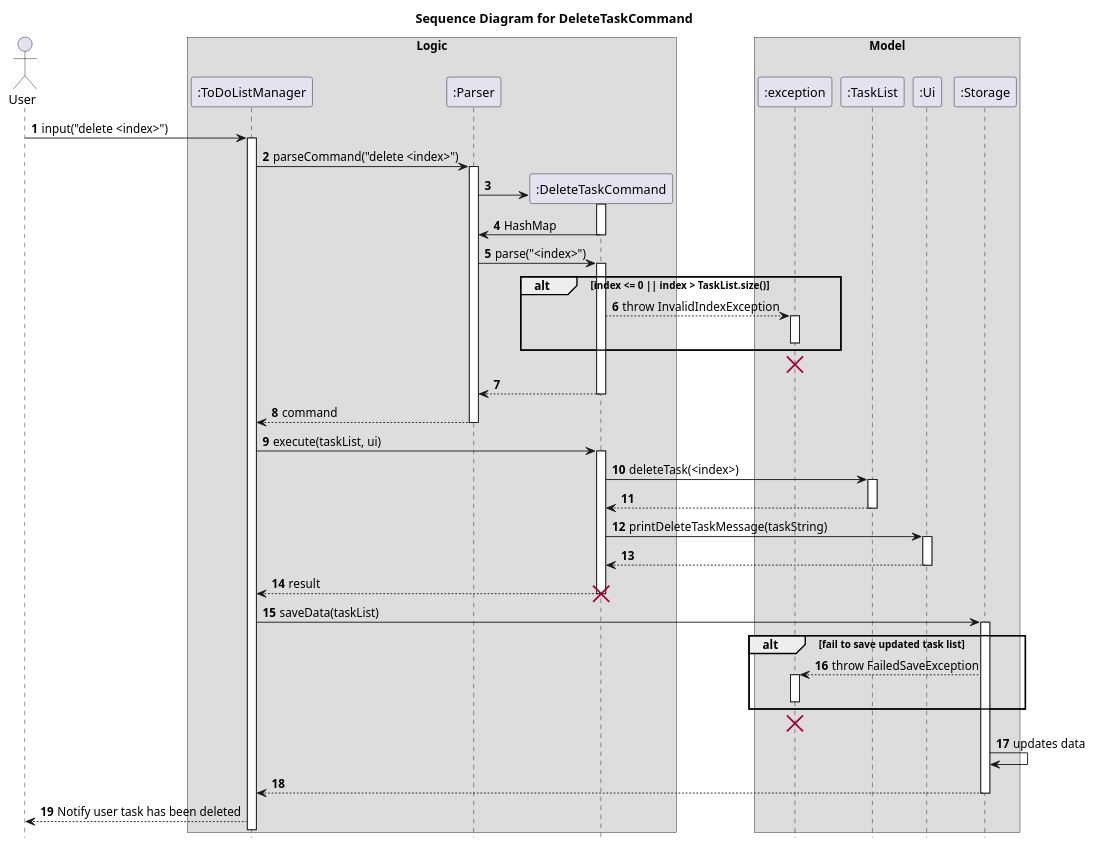
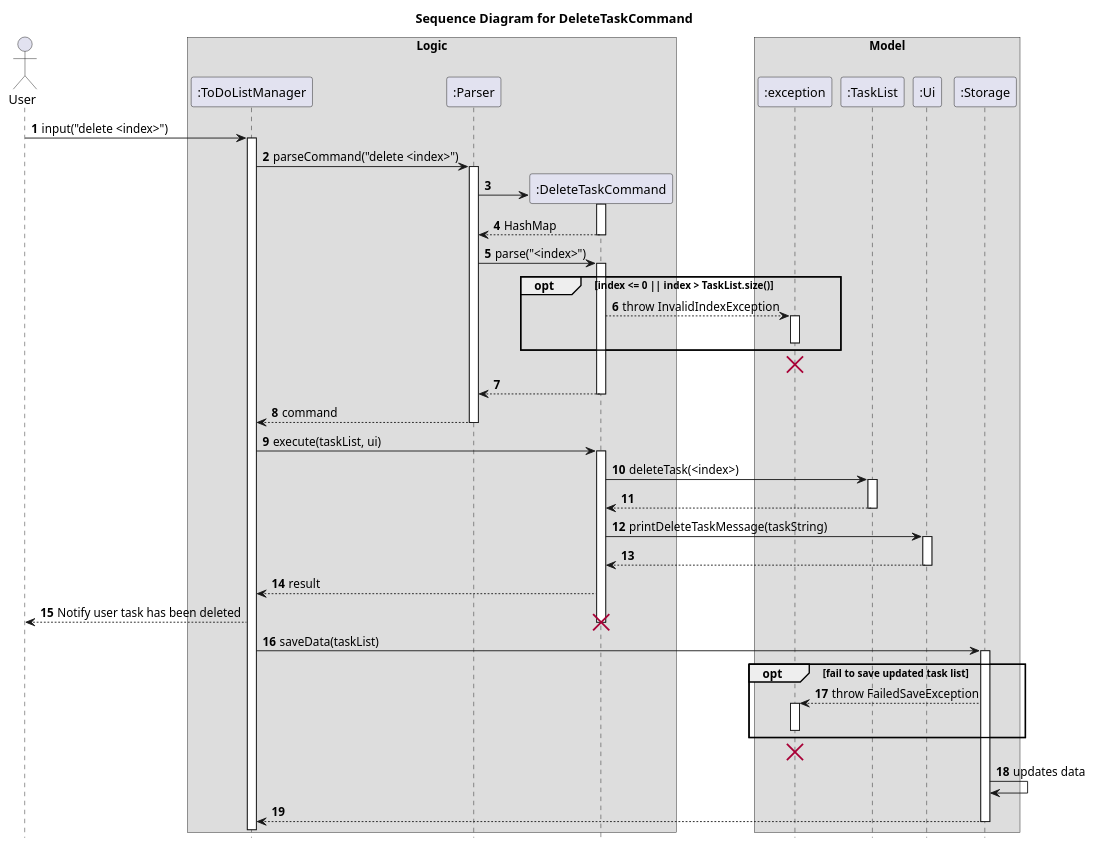
Before and after one commit to nus-cs2113-AY2223S2/tp: the diagram in docs/diagrams/DeleteTaskCommandSequence.puml, drawn with PlantUML. The commit also changed 3 other files, not shown here.

Commit message:
Update Delete task diagram and add Mark or Unmark task diagram

```diff
--- a/docs/diagrams/DeleteTaskCommandSequence.puml
+++ b/docs/diagrams/DeleteTaskCommandSequence.puml
@@ -1,68 +1,68 @@
 @startuml
 
 autonumber
 hide footbox
 title Sequence Diagram for DeleteTaskCommand
 
 actor User
 
 box Logic
 participant ":ToDoListManager" as ToDoListManager
 participant ":Parser" as Parser
 participant ":DeleteTaskCommand" as DeleteTaskCommand
 end box
 box Model
 participant ":exception" as exception
 participant ":TaskList" as TaskList
 participant ":Ui" as Ui
 participant ":Storage" as Storage
 end box
 
 User -> ToDoListManager: input("delete <index>")
 activate ToDoListManager
 ToDoListManager -> Parser : parseCommand("delete <index>")
 activate Parser
 create DeleteTaskCommand
 Parser -> DeleteTaskCommand
 activate DeleteTaskCommand
-DeleteTaskCommand -> Parser : HashMap
+DeleteTaskCommand --> Parser : HashMap
 deactivate DeleteTaskCommand
 Parser -> DeleteTaskCommand : parse("<index>")
 activate DeleteTaskCommand
-alt  index <= 0 || index > TaskList.size()
+opt  index <= 0 || index > TaskList.size()
    DeleteTaskCommand --> exception : throw InvalidIndexException
    activate exception
    deactivate exception
 end
 destroy exception
 DeleteTaskCommand --> Parser
 deactivate DeleteTaskCommand
 Parser --> ToDoListManager : command
 deactivate Parser
 ToDoListManager -> DeleteTaskCommand : execute(taskList, ui)
 activate DeleteTaskCommand
 DeleteTaskCommand -> TaskList: deleteTask(<index>)
 activate TaskList
 TaskList --> DeleteTaskCommand
 deactivate TaskList
 DeleteTaskCommand -> Ui : printDeleteTaskMessage(taskString)
 activate Ui
 Ui --> DeleteTaskCommand
 deactivate Ui
 DeleteTaskCommand --> ToDoListManager : result
+ToDoListManager --> User : Notify user task has been deleted
 deactivate DeleteTaskCommand
 destroy DeleteTaskCommand
 ToDoListManager ->Storage : saveData(taskList)
 activate Storage
-alt  fail to save updated task list
+opt  fail to save updated task list
    Storage --> exception : throw FailedSaveException
    activate exception
    deactivate exception
 end
 destroy exception
 Storage -> Storage : updates data
 Storage --> ToDoListManager
 deactivate Storage
-ToDoListManager --> User : Notify user task has been deleted
 
 @enduml
```
